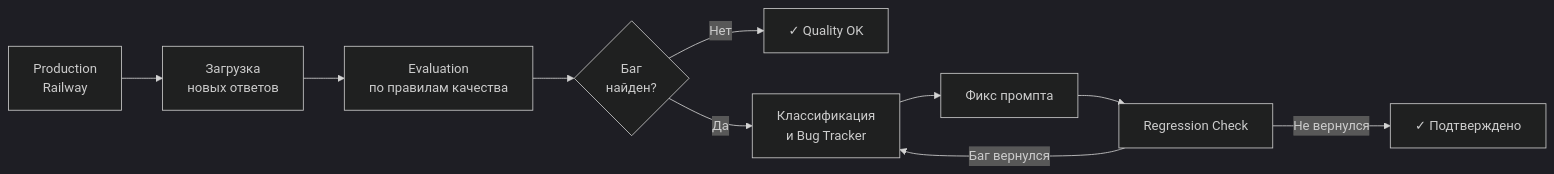
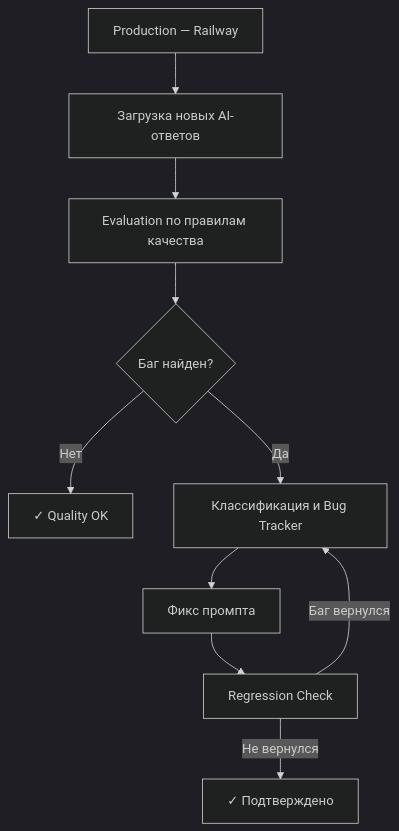
The diagram in README.md (mawer198735/ai-eval-pipeline), drawn with Mermaid (dark theme) before and after one commit.

Commit message:
Switch flow diagram to vertical layout

````diff
--- a/README.md
+++ b/README.md
@@ -27,12 +27,12 @@
 ```mermaid
-flowchart LR
-    A[Production\nRailway] --> B[Загрузка\nновых ответов]
-    B --> C[Evaluation\nпо правилам качества]
-    C --> D{Баг\nнайден?}
+flowchart TD
+    A[Production — Railway] --> B[Загрузка новых AI-ответов]
+    B --> C[Evaluation по правилам качества]
+    C --> D{Баг найден?}
     D -- Нет --> E[✓ Quality OK]
-    D -- Да --> F[Классификация\nи Bug Tracker]
+    D -- Да --> F[Классификация и Bug Tracker]
     F --> G[Фикс промпта]
     G --> H[Regression Check]
     H -- Баг вернулся --> F
     H -- Не вернулся --> I[✓ Подтверждено]
 ```
````
